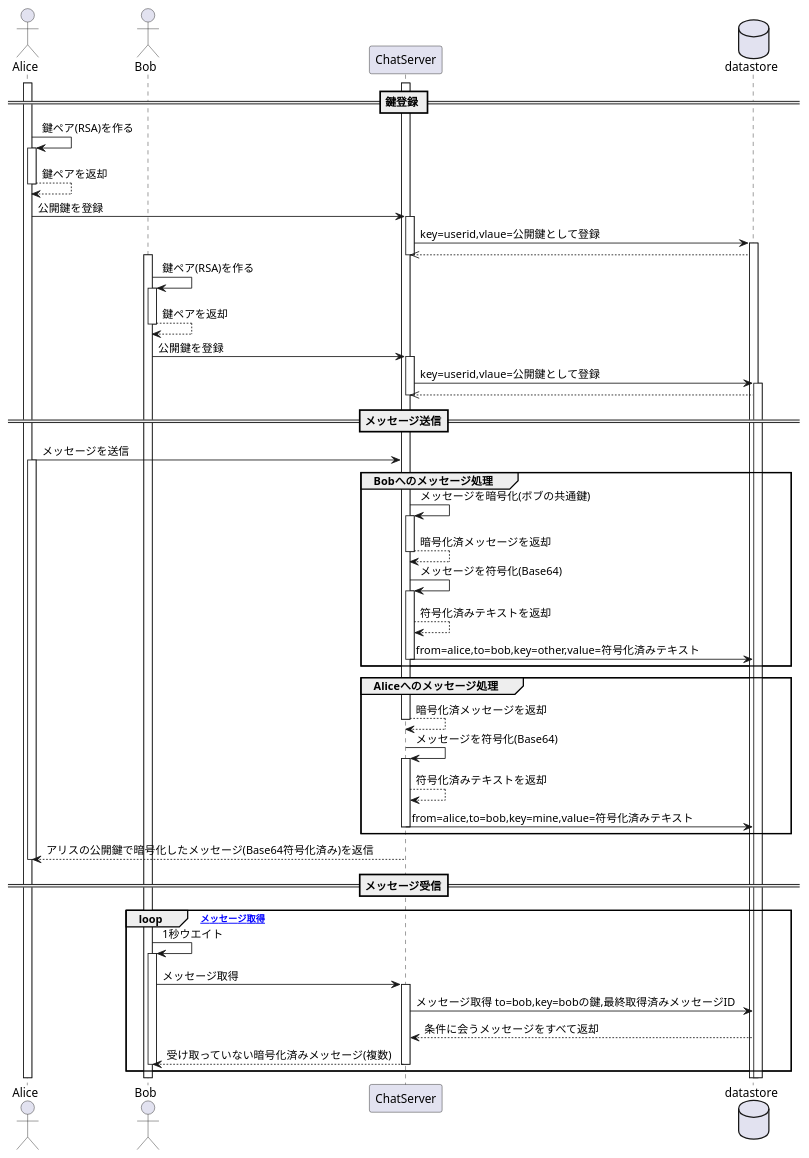
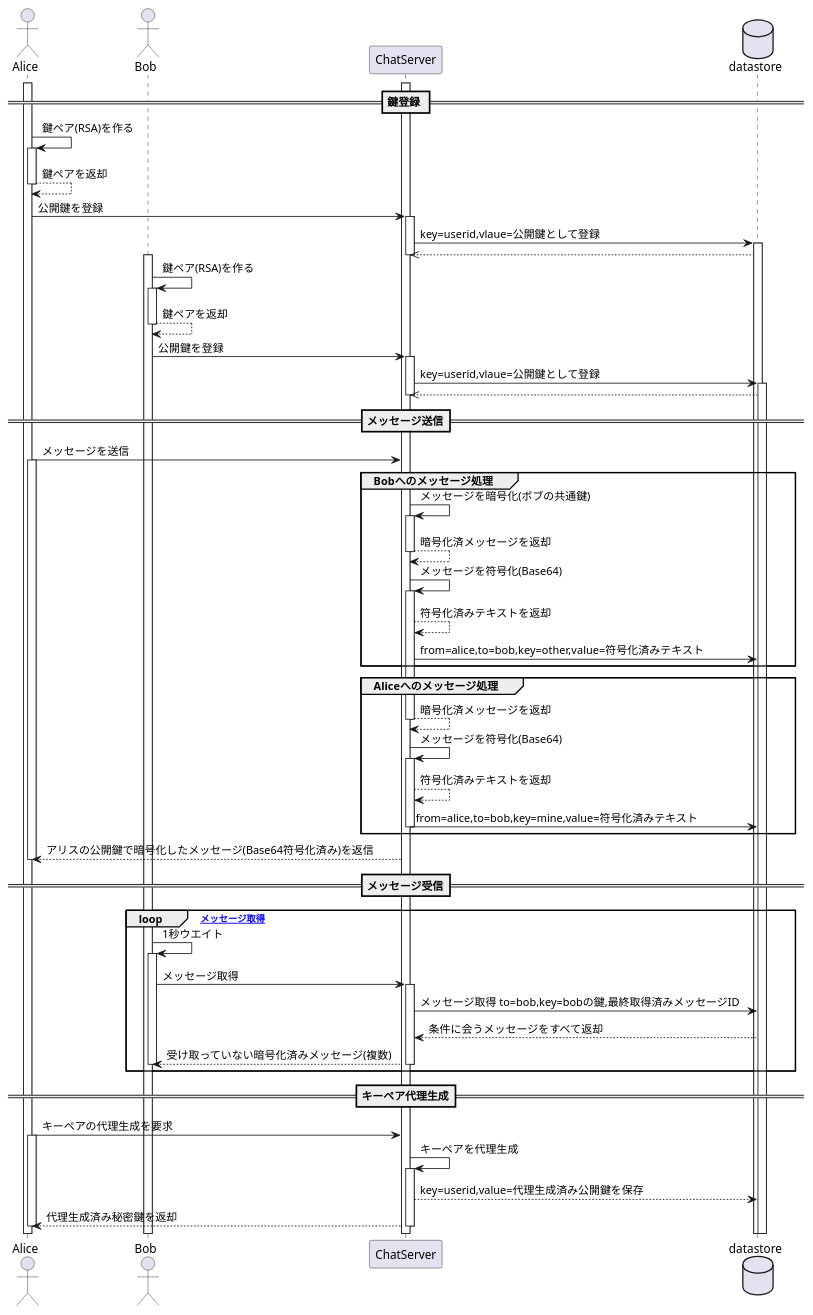
The second of 2 diagrams in src/main/resources/umls/basic.pu (atowaito/SecreteMessanger), drawn with PlantUML before and after one commit. The commit also changed 1 other file, not shown here.

```diff
--- a/src/main/resources/umls/basic.pu
+++ b/src/main/resources/umls/basic.pu
@@ -33,86 +33,97 @@
 @startuml 鍵生成からメッセージ送信/受信シーケンス
 actor Alice as alice
 actor Bob as bob
 participant ChatServer as chat
 database datastore as db
 
 activate alice
 activate chat
 
 == 鍵登録 ==
 alice ->alice: 鍵ペア(RSA)を作る
 activate alice
 alice-->alice: 鍵ペアを返却
 deactivate alice
 
 alice->chat: 公開鍵を登録
 activate chat
 chat->db:key=userid,vlaue=公開鍵として登録
 activate db
 db-->>chat 
 deactivate chat
 
 activate bob
 bob ->bob: 鍵ペア(RSA)を作る
 activate bob
 bob-->bob: 鍵ペアを返却
 deactivate bob
 
 bob->chat: 公開鍵を登録
 activate chat
 chat->db:key=userid,vlaue=公開鍵として登録
 activate db
 db-->>chat 
 deactivate chat
 
 ==メッセージ送信==
 
 alice -> chat:メッセージを送信
 activate alice
 
 group Bobへのメッセージ処理
     chat -> chat: メッセージを暗号化(ボブの共通鍵)
     activate chat
     chat --> chat: 暗号化済メッセージを返却
     deactivate chat
 
     chat -> chat: メッセージを符号化(Base64)
     activate chat
     chat --> chat: 符号化済みテキストを返却
     chat -> db: from=alice,to=bob,key=other,value=符号化済みテキスト
-    deactivate chat
+
 end
 
 group Aliceへのメッセージ処理
     activate chat
     chat --> chat: 暗号化済メッセージを返却
     deactivate chat
 
     chat -> chat: メッセージを符号化(Base64)
     activate chat
     chat --> chat: 符号化済みテキストを返却
     chat -> db: from=alice,to=bob,key=mine,value=符号化済みテキスト
     deactivate chat
 end
 
-deactivate chat
+
 
 
 
 chat --> alice:アリスの公開鍵で暗号化したメッセージ(Base64符号化済み)を返信
 deactivate alice
 
 ==メッセージ受信==
 loop [メッセージ取得]
     bob -> bob: 1秒ウエイト
     activate bob 
     bob -> chat: メッセージ取得
     activate chat
     chat -> db: メッセージ取得 to=bob,key=bobの鍵,最終取得済みメッセージID
     db-->chat: 条件に会うメッセージをすべて返却
     chat --> bob: 受け取っていない暗号化済みメッセージ(複数)
     deactivate bob
     deactivate chat
 end
 
+==キーペア代理生成==
+alice -> chat:キーペアの代理生成を要求
+activate alice
+chat->chat: キーペアを代理生成
+activate chat
+chat-->db: key=userid,value=代理生成済み公開鍵を保存
+
+
+chat-->alice: 代理生成済み秘密鍵を返却
+deactivate alice
+deactivate chat
 @enduml
```
